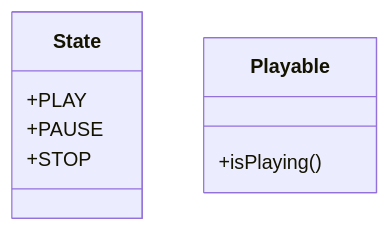
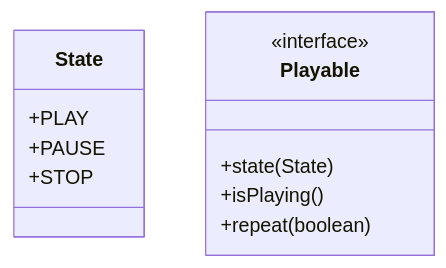
The diagram in docs/blog/part-4-models/render-loop.md (stridecolossus/JOVE), drawn with Mermaid before and after one commit.

````diff
--- a/docs/blog/part-4-models/render-loop.md
+++ b/docs/blog/part-4-models/render-loop.md
@@ -336,13 +336,16 @@
 ```mermaid
 classDiagram
 
 class State
 State : +PLAY
 State : +PAUSE
 State : +STOP
 
 class Playable {
+    <<interface>>
+    +state(State)
     +isPlaying()
+    +repeat(boolean)
 }
 
 ```
````
